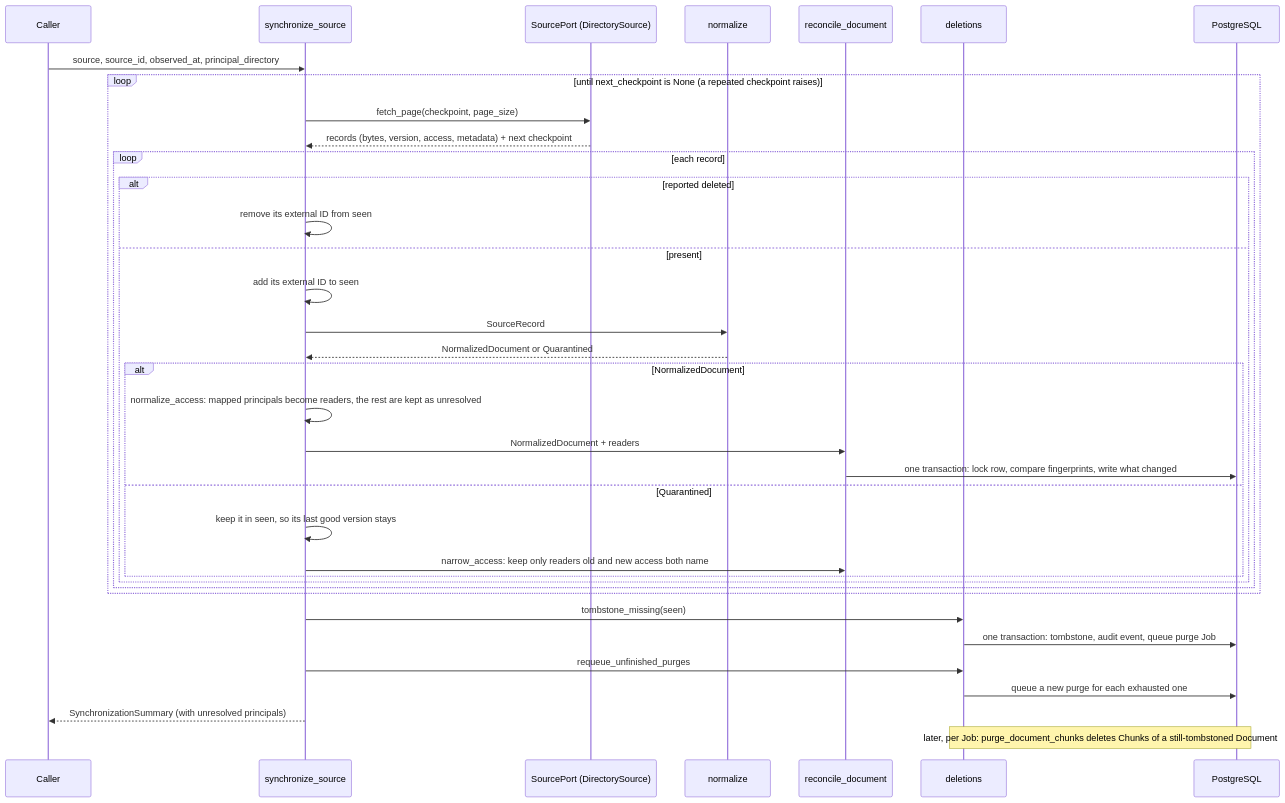
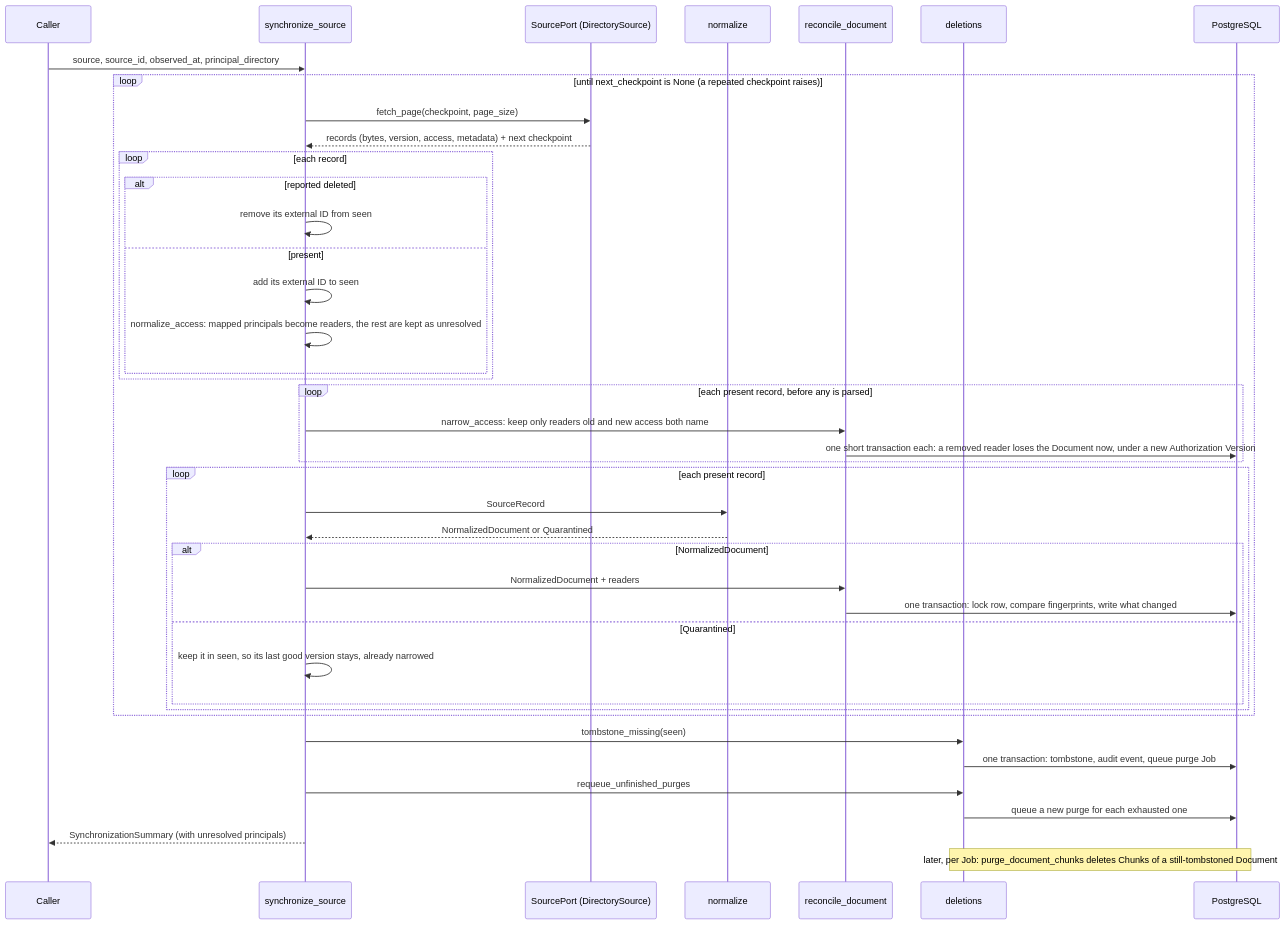
The fifth of 10 diagrams in docs/architecture.md (ivanverenich/knowledge-service), drawn with Mermaid before and after one commit. The commit also changed 11 other files, not shown here.

````diff
--- a/docs/architecture.md
+++ b/docs/architecture.md
@@ -197,38 +197,43 @@
 ```mermaid
 sequenceDiagram
     participant Caller
     participant Sync as synchronize_source
     participant Source as SourcePort (DirectorySource)
     participant Norm as normalize
     participant Rec as reconcile_document
     participant Del as deletions
     participant DB as PostgreSQL
     Caller->>Sync: source, source_id, observed_at, principal_directory
     loop until next_checkpoint is None (a repeated checkpoint raises)
         Sync->>Source: fetch_page(checkpoint, page_size)
         Source-->>Sync: records (bytes, version, access, metadata) + next checkpoint
         loop each record
             alt reported deleted
                 Sync->>Sync: remove its external ID from seen
             else present
                 Sync->>Sync: add its external ID to seen
-                Sync->>Norm: SourceRecord
-                Norm-->>Sync: NormalizedDocument or Quarantined
-                alt NormalizedDocument
-                    Sync->>Sync: normalize_access: mapped principals become readers, the rest are kept as unresolved
-                    Sync->>Rec: NormalizedDocument + readers
-                    Rec->>DB: one transaction: lock row, compare fingerprints, write what changed
-                else Quarantined
-                    Sync->>Sync: keep it in seen, so its last good version stays
-                    Sync->>Rec: narrow_access: keep only readers old and new access both name
-                end
+                Sync->>Sync: normalize_access: mapped principals become readers, the rest are kept as unresolved
+            end
+        end
+        loop each present record, before any is parsed
+            Sync->>Rec: narrow_access: keep only readers old and new access both name
+            Rec->>DB: one short transaction each: a removed reader loses the Document now, under a new Authorization Version
+        end
+        loop each present record
+            Sync->>Norm: SourceRecord
+            Norm-->>Sync: NormalizedDocument or Quarantined
+            alt NormalizedDocument
+                Sync->>Rec: NormalizedDocument + readers
+                Rec->>DB: one transaction: lock row, compare fingerprints, write what changed
+            else Quarantined
+                Sync->>Sync: keep it in seen, so its last good version stays, already narrowed
             end
         end
     end
     Sync->>Del: tombstone_missing(seen)
     Del->>DB: one transaction: tombstone, audit event, queue purge Job
     Sync->>Del: requeue_unfinished_purges
     Del->>DB: queue a new purge for each exhausted one
     Sync-->>Caller: SynchronizationSummary (with unresolved principals)
     Note over Del,DB: later, per Job: purge_document_chunks deletes Chunks of a still-tombstoned Document
 ```
````
